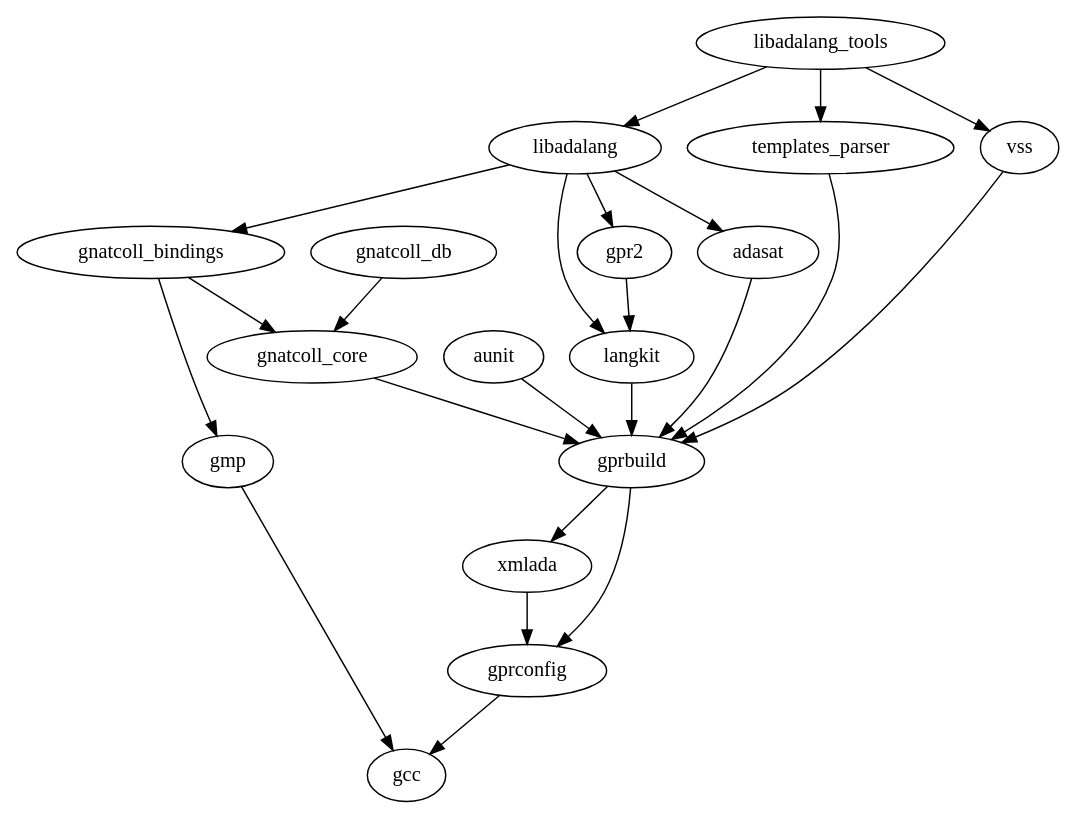
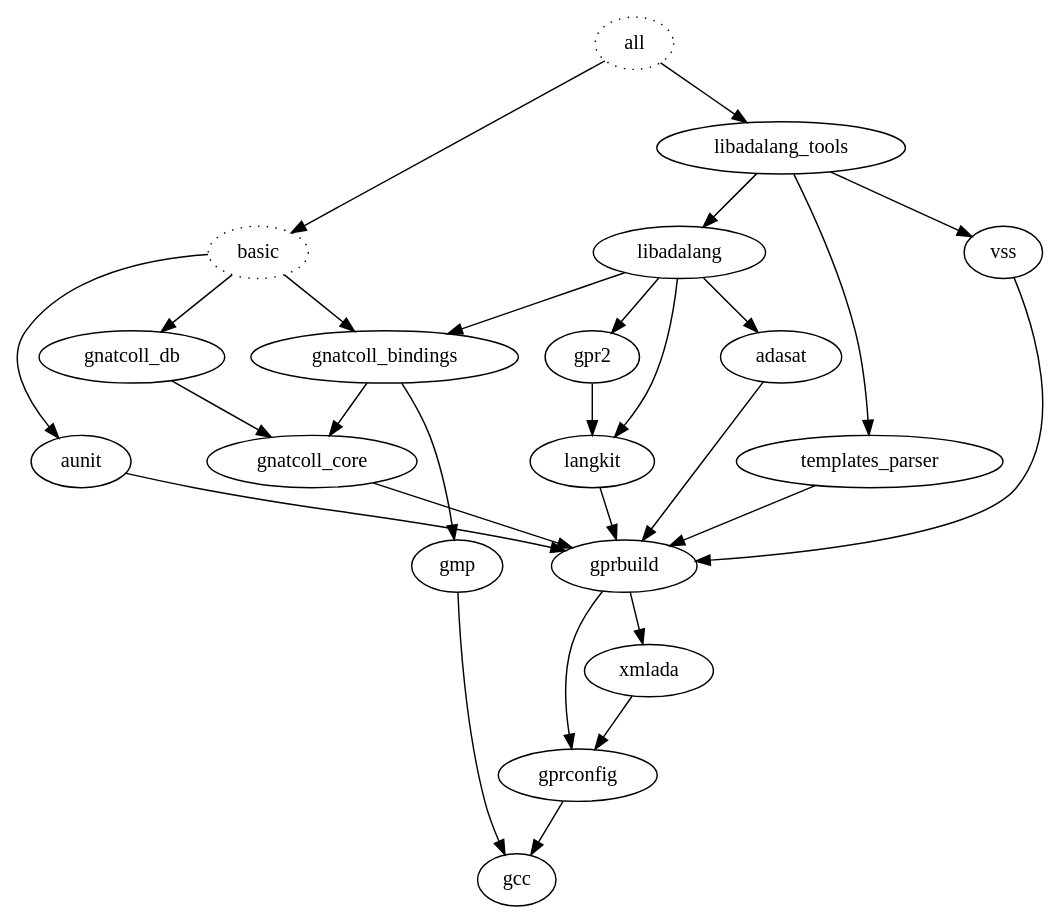
The diagram in make-dependencies.dot (simonjwright/building-gcc-macos-native), drawn with Graphviz before and after one commit. The commit also changed 4 other files, not shown here.

First line of the commit message:
Show Makefile target dependencies graphically.

```diff
--- a/make-dependencies.dot
+++ b/make-dependencies.dot
@@ -1,25 +1,33 @@
 digraph {
+all [style=dotted]
+basic [style=dotted]
+
+all -> basic
+all -> libadalang_tools
+basic -> aunit
+basic -> gnatcoll_bindings
+basic -> gnatcoll_db
 adasat -> gprbuild
 aunit -> gprbuild
 gcc
 gmp -> gcc
 gnatcoll_bindings -> gmp
 gnatcoll_bindings -> gnatcoll_core
 gnatcoll_core -> gprbuild
 gnatcoll_db -> gnatcoll_core
 gpr2 -> langkit
 gprbuild -> gprconfig
 gprbuild -> xmlada
 gprconfig -> gcc
 langkit -> gprbuild
 libadalang -> adasat
 libadalang -> gnatcoll_bindings
 libadalang -> gpr2
 libadalang -> langkit
 libadalang_tools -> libadalang
 libadalang_tools -> templates_parser
 libadalang_tools -> vss
 templates_parser -> gprbuild
 vss -> gprbuild
 xmlada -> gprconfig
 }
```
